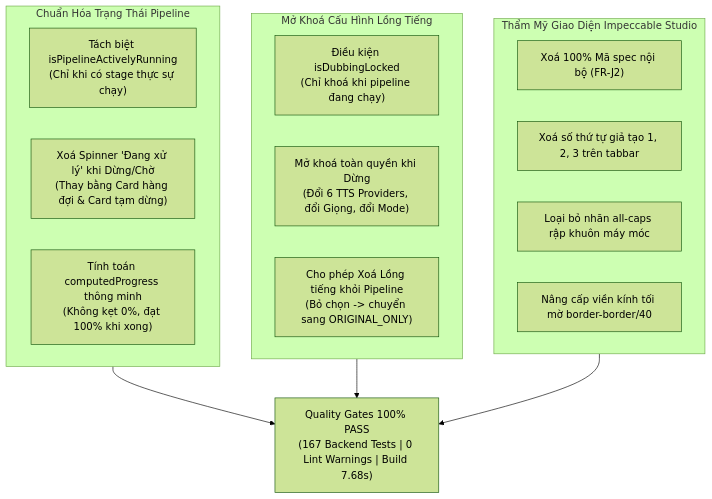
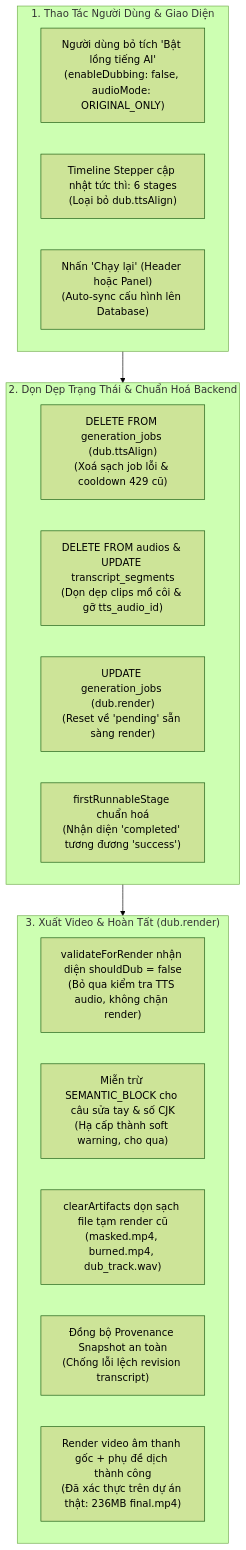
The diagram in REPORT.md (Trungtran1945/Video-AI), drawn with Mermaid (forest theme) before and after one commit. The commit also changed other lines of this file and 15 other files, not shown here.

````diff
--- a/REPORT.md
+++ b/REPORT.md
@@ -24,25 +31,25 @@
 ```mermaid
 flowchart TD
-    subgraph S1["Chuẩn Hóa Trạng Thái Pipeline"]
-        A1["Tách biệt isPipelineActivelyRunning\n(Chỉ khi có stage thực sự chạy)"]
-        A2["Xoá Spinner 'Đang xử lý' khi Dừng/Chờ\n(Thay bằng Card hàng đợi & Card tạm dừng)"]
-        A3["Tính toán computedProgress thông minh\n(Không kẹt 0%, đạt 100% khi xong)"]
+    subgraph S1["1. Thao Tác Người Dùng & Giao Diện"]
+        A1["Người dùng bỏ tích 'Bật lồng tiếng AI'\n(enableDubbing: false, audioMode: ORIGINAL_ONLY)"]
+        A2["Timeline Stepper cập nhật tức thì: 6 stages\n(Loại bỏ dub.ttsAlign)"]
+        A3["Nhấn 'Chạy lại' (Header hoặc Panel)\n(Auto-sync cấu hình lên Database)"]
     end
 
-    subgraph S2["Mở Khoá Cấu Hình Lồng Tiếng"]
-        B1["Điều kiện isDubbingLocked\n(Chỉ khoá khi pipeline đang chạy)"]
-        B2["Mở khoá toàn quyền khi Dừng\n(Đổi 6 TTS Providers, đổi Giọng, đổi Mode)"]
-        B3["Cho phép Xoá Lồng tiếng khỏi Pipeline\n(Bỏ chọn -> chuyển sang ORIGINAL_ONLY)"]
+    subgraph S2["2. Dọn Dẹp Trạng Thái & Chuẩn Hoá Backend"]
+        B1["DELETE FROM generation_jobs (dub.ttsAlign)\n(Xoá sạch job lỗi & cooldown 429 cũ)"]
+        B2["DELETE FROM audios & UPDATE transcript_segments\n(Dọn dẹp clips mồ côi & gỡ tts_audio_id)"]
+        B3["UPDATE generation_jobs (dub.render)\n(Reset về 'pending' sẵn sàng render)"]
+        B4["firstRunnableStage chuẩn hoá\n(Nhận diện 'completed' tương đương 'success')"]
     end
 
-    subgraph S3["Thẩm Mỹ Giao Diện Impeccable Studio"]
-        C1["Xoá 100% Mã spec nội bộ (FR-J2)"]
-        C2["Xoá số thứ tự giả tạo 1, 2, 3 trên tabbar"]
-        C3["Loại bỏ nhãn all-caps rập khuôn máy móc"]
-        C4["Nâng cấp viền kính tối mờ border-border/40"]
+    subgraph S3["3. Xuất Video & Hoàn Tất (dub.render)"]
+        C1["validateForRender nhận diện shouldDub = false\n(Bỏ qua kiểm tra TTS audio, không chặn render)"]
+        C2["Miễn trừ SEMANTIC_BLOCK cho câu sửa tay & số CJK\n(Hạ cấp thành soft warning, cho qua)"]
+        C3["clearArtifacts dọn sạch file tạm render cũ\n(masked.mp4, burned.mp4, dub_track.wav)"]
+        C4["Đồng bộ Provenance Snapshot an toàn\n(Chống lỗi lệch revision transcript)"]
+        C5["Render video âm thanh gốc + phụ đề dịch thành công\n(Đã xác thực trên dự án thật: 236MB final.mp4)"]
     end
 
-    S1 --> GATES["Quality Gates 100% PASS\n(167 Backend Tests | 0 Lint Warnings | Build 7.68s)"]
-    S2 --> GATES
-    S3 --> GATES
+    S1 --> S2 --> S3
 ```
````
